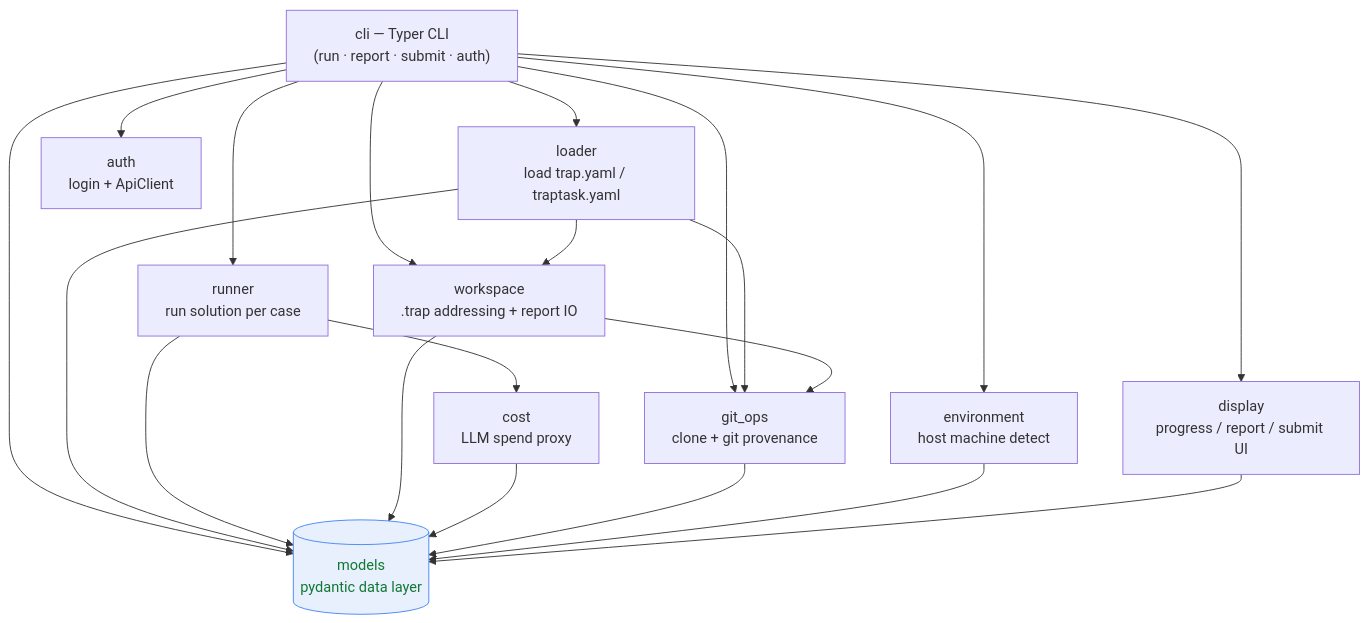
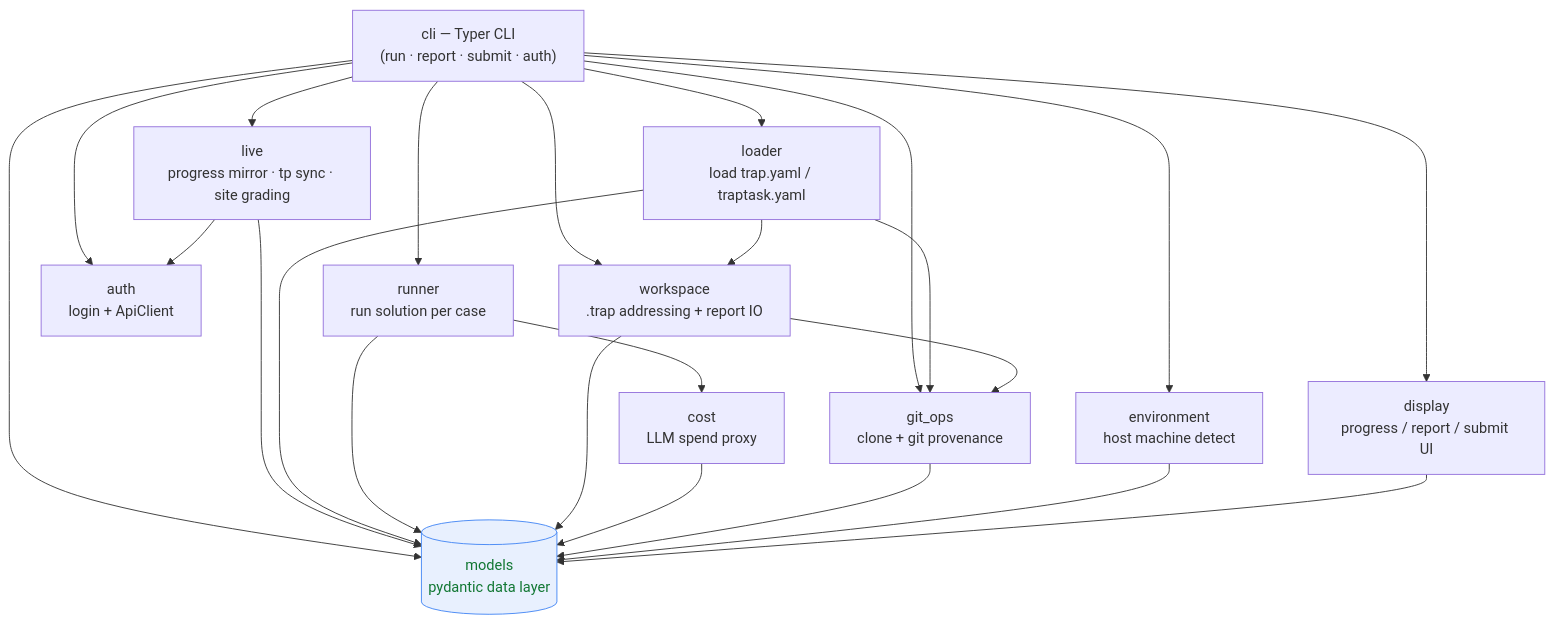
The first of 3 diagrams in CODE_MAP.md (trapstreet/trap), drawn with Mermaid before and after one commit. The commit also changed other lines of this file and 5 other files, not shown here.

First line of the commit message:
docs: first-offline recovery, frozen identity, --claim, heartbeats, site grading

````diff
--- a/CODE_MAP.md
+++ b/CODE_MAP.md
@@ -15,36 +15,40 @@
 ```mermaid
 graph TD
     cli["cli — Typer CLI<br/>(run · report · submit · auth)"]
     loader["loader<br/>load trap.yaml / traptask.yaml"]
     runner["runner<br/>run solution per case"]
     cost["cost<br/>LLM spend proxy"]
     git_ops["git_ops<br/>clone + git provenance"]
     environment["environment<br/>host machine detect"]
     display["display<br/>progress / report / submit UI"]
     auth["auth<br/>login + ApiClient"]
+    live["live<br/>progress mirror · tp sync · site grading"]
     workspace["workspace<br/>.trap addressing + report IO"]
     models[("models<br/>pydantic data layer")]
 
     cli --> loader
     cli --> runner
     cli --> git_ops
     cli --> environment
     cli --> display
     cli --> auth
+    cli --> live
     cli --> workspace
     cli --> models
+    live --> auth
+    live --> models
     loader --> git_ops
     loader --> models
     loader --> workspace
     runner --> cost
     runner --> models
     workspace --> git_ops
     workspace --> models
     cost --> models
     git_ops --> models
     environment --> models
     display --> models
 
     classDef data fill:#e8f0fe,stroke:#4285f4,color:#173;
     class models data;
 ```
````
